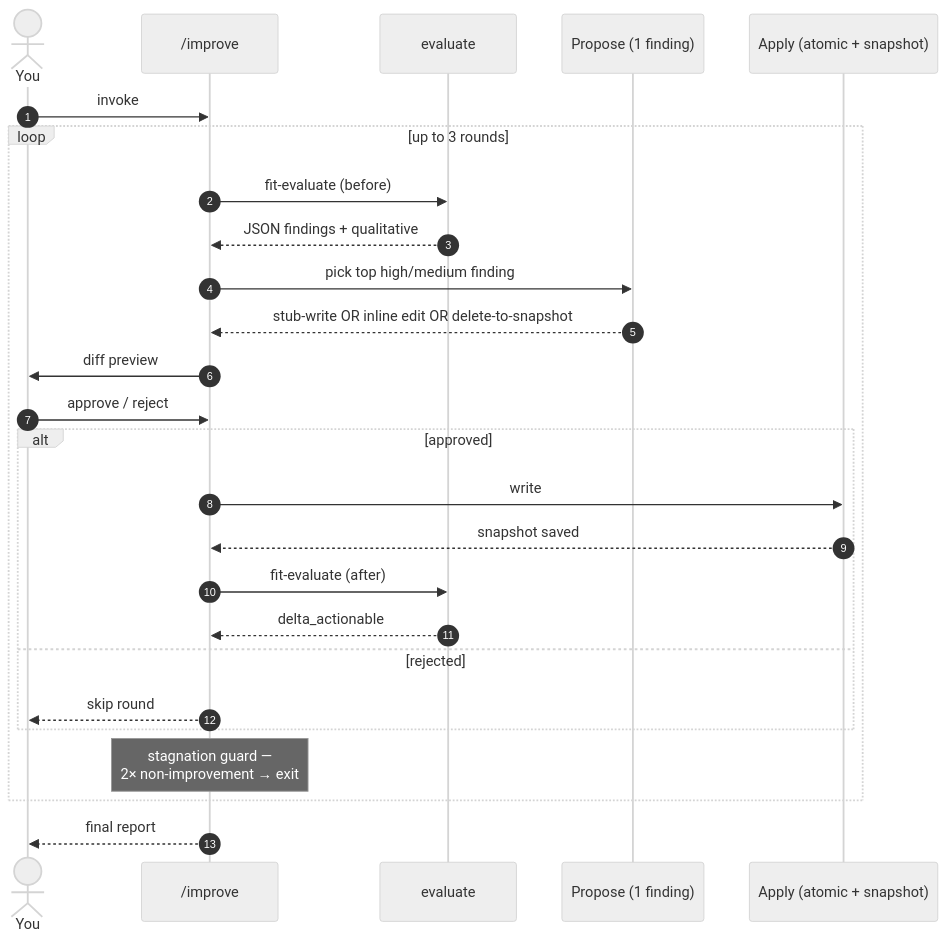
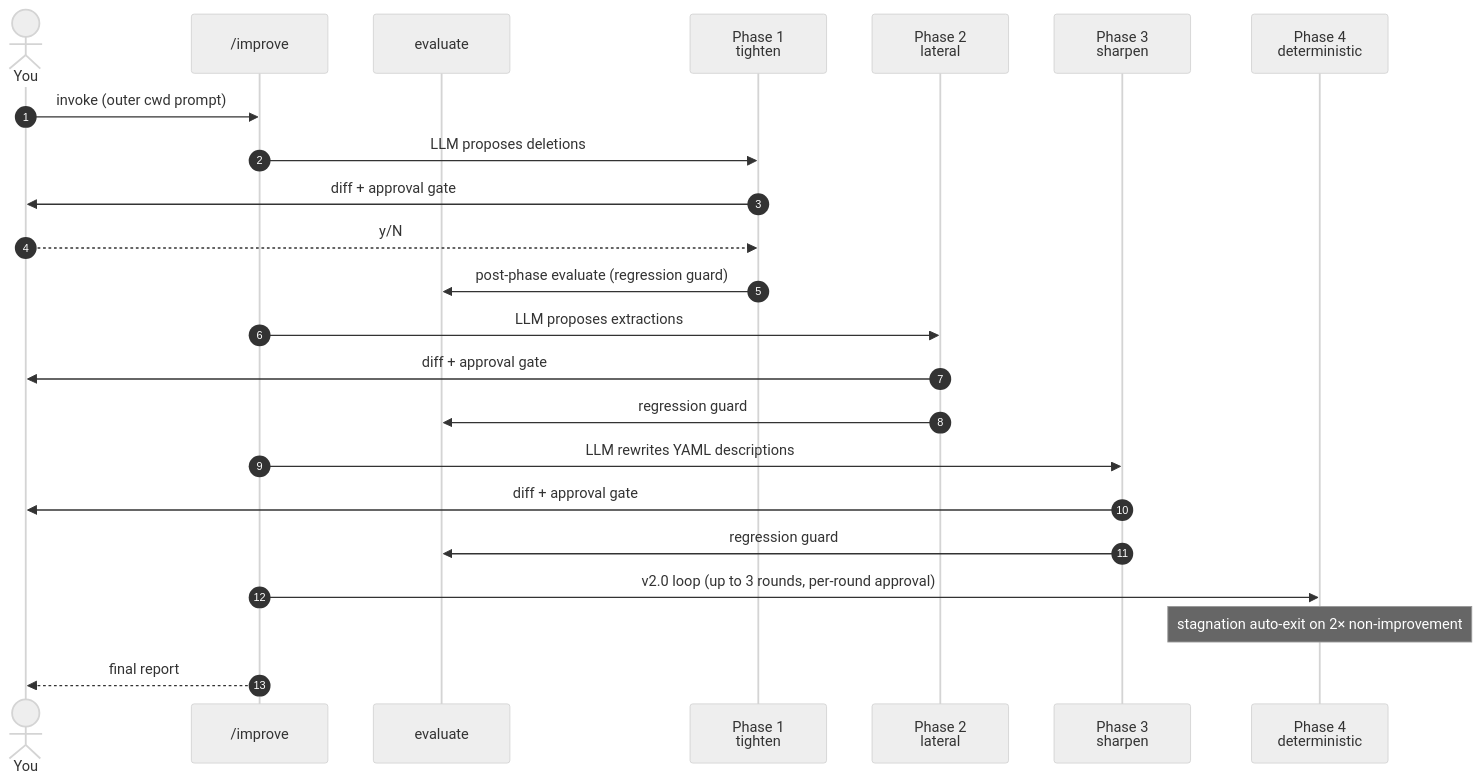
The diagram in README.md (seokan-jeong/meta-harness), drawn with Mermaid (neutral theme) before and after one commit. The commit also changed other lines of this file and 7 other files, not shown here.

````diff
--- a/README.md
+++ b/README.md
@@ -96,29 +109,26 @@
 ```mermaid
 sequenceDiagram
     autonumber
     actor U as You
     participant I as /improve
     participant E as evaluate
-    participant P as Propose (1 finding)
-    participant A as Apply (atomic + snapshot)
+    participant P1 as Phase 1<br/>tighten
+    participant P2 as Phase 2<br/>lateral
+    participant P3 as Phase 3<br/>sharpen
+    participant P4 as Phase 4<br/>deterministic
 
-    U->>I: invoke
-    loop up to 3 rounds
-        I->>E: fit-evaluate (before)
-        E-->>I: JSON findings + qualitative
-        I->>P: pick top high/medium finding
-        P-->>I: stub-write OR inline edit OR delete-to-snapshot
-        I->>U: diff preview
-        U->>I: approve / reject
-        alt approved
-            I->>A: write
-            A-->>I: snapshot saved
-            I->>E: fit-evaluate (after)
-            E-->>I: delta_actionable
-        else rejected
-            I-->>U: skip round
-        end
-        Note over I: stagnation guard —<br/>2× non-improvement → exit
-    end
+    U->>I: invoke (outer cwd prompt)
+    I->>P1: LLM proposes deletions
+    P1->>U: diff + approval gate
+    U-->>P1: y/N
+    P1->>E: post-phase evaluate (regression guard)
+    I->>P2: LLM proposes extractions
+    P2->>U: diff + approval gate
+    P2->>E: regression guard
+    I->>P3: LLM rewrites YAML descriptions
+    P3->>U: diff + approval gate
+    P3->>E: regression guard
+    I->>P4: v2.0 loop (up to 3 rounds, per-round approval)
+    Note over P4: stagnation auto-exit on 2× non-improvement
     I-->>U: final report
 ```
````
